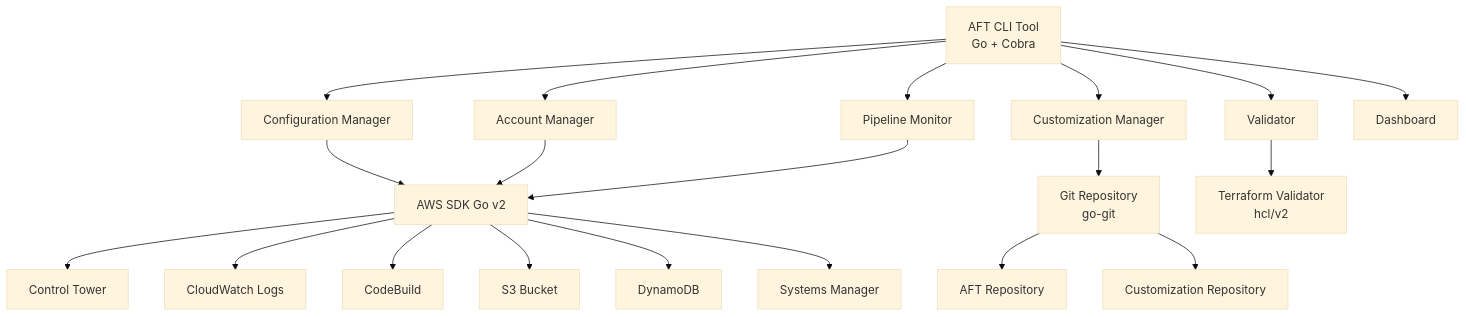
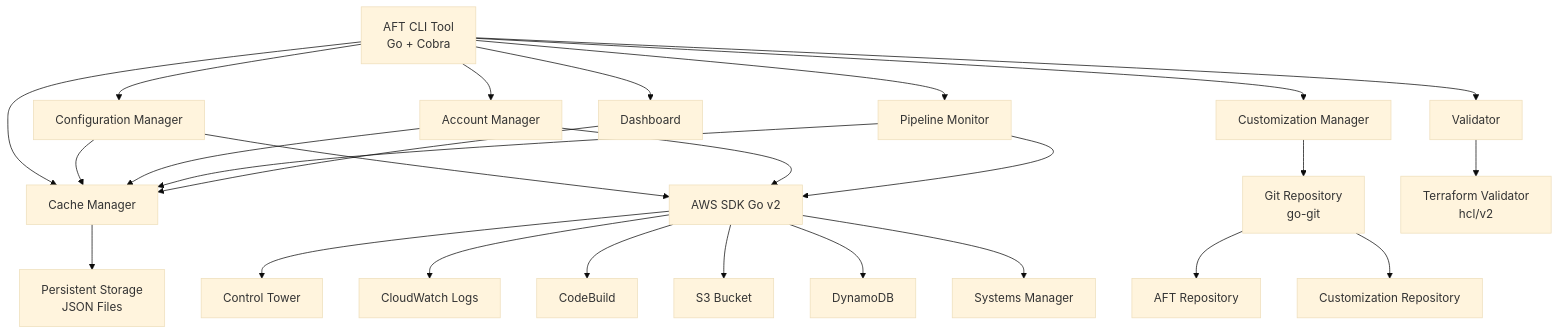
Before and after one commit to hacker65536/aws-aft-cli: the diagram in .kiro/specs/aft-cli-tool/design.md, drawn with Mermaid (base theme). The commit also changed other lines of this file and 8 other files, not shown here.

````diff
--- a/.kiro/specs/aft-cli-tool/design.md
+++ b/.kiro/specs/aft-cli-tool/design.md
@@ -19,25 +20,33 @@
 ```mermaid
 graph TB
     CLI[AFT CLI Tool<br/>Go + Cobra] --> Config[Configuration Manager]
     CLI --> Account[Account Manager]
     CLI --> Pipeline[Pipeline Monitor]
     CLI --> Custom[Customization Manager]
     CLI --> Validate[Validator]
     CLI --> Dashboard[Dashboard]
+    CLI --> Cache[Cache Manager]
+    
+    Config --> Cache
+    Account --> Cache
+    Pipeline --> Cache
+    Dashboard --> Cache
+    
+    Cache --> Disk[Persistent Storage<br/>JSON Files]
     
     Config --> AWS[AWS SDK Go v2]
     Account --> AWS
     Pipeline --> AWS
     Custom --> Git[Git Repository<br/>go-git]
     Validate --> TF[Terraform Validator<br/>hcl/v2]
     
     AWS --> CT[Control Tower]
     AWS --> CW[CloudWatch Logs]
     AWS --> CB[CodeBuild]
     AWS --> S3[S3 Bucket]
     AWS --> DDB[DynamoDB]
     AWS --> SSM[Systems Manager]
     
     Git --> AFTRepo[AFT Repository]
     Git --> CustomRepo[Customization Repository]
 ```
````
